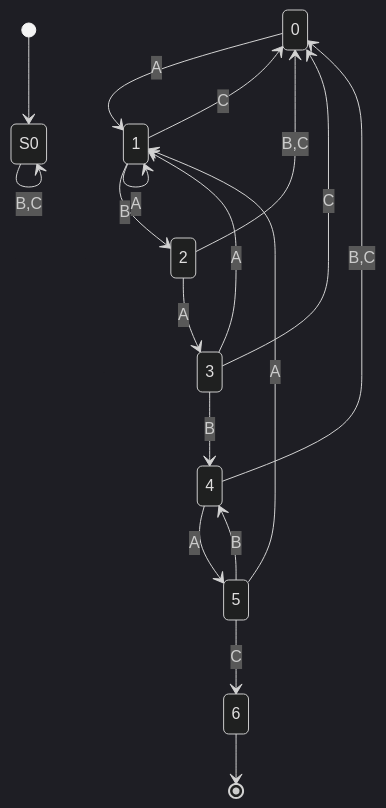
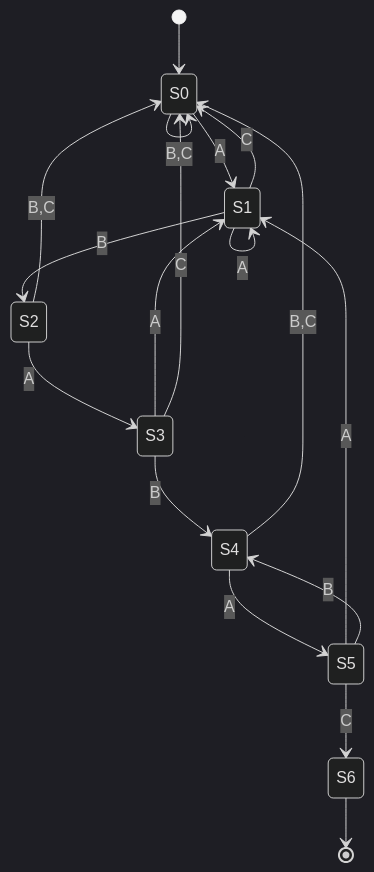
The third of 3 diagrams in _posts/2021-04-20-KMP.md (miaozhuojun/miaozhuojun.github.io), drawn with Mermaid (dark theme) before and after one commit.

```diff
--- a/_posts/2021-04-20-KMP.md
+++ b/_posts/2021-04-20-KMP.md
@@ -80,20 +80,20 @@
 <div class="mermaid">
 stateDiagram
   [*] --> S0
   S0 --> S0 : B,C
-  0 --> 1 : A
-  1 --> 1 : A
-  1 --> 0 : C
-  1 --> 2 : B
-  2 --> 0 : B,C
-  2 --> 3 : A
-  3 --> 1 : A
-  3 --> 0 : C
-  3 --> 4 : B
-  4 --> 0 : B,C
-  4 --> 5 : A
-  5 --> 1 : A
-  5 --> 4 : B
-  5 --> 6 : C
-  6 --> [*]
+  S0 --> S1 : A
+  S1 --> S1 : A
+  S1 --> S0 : C
+  S1 --> S2 : B
+  S2 --> S0 : B,C
+  S2 --> S3 : A
+  S3 --> S1 : A
+  S3 --> S0 : C
+  S3 --> S4 : B
+  S4 --> S0 : B,C
+  S4 --> S5 : A
+  S5 --> S1 : A
+  S5 --> S4 : B
+  S5 --> S6 : C
+  S6 --> [*]
 </div>
```
